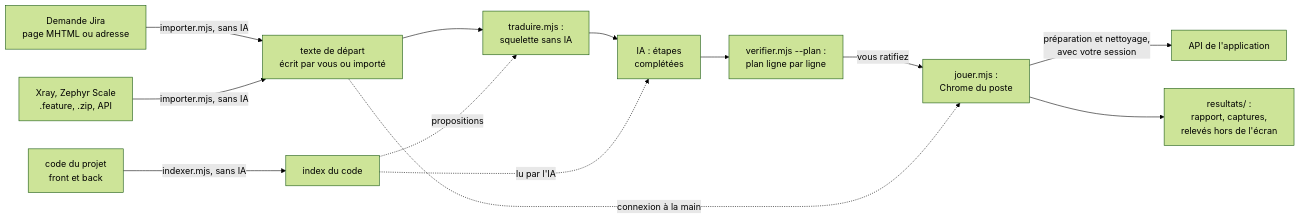
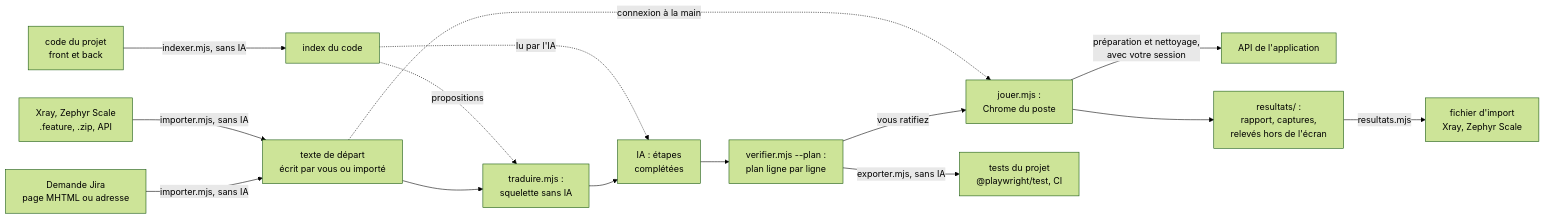
The diagram in docs/scenario-playwright/mode-emploi.md (FredGarcia/Agent2Prompt), drawn with Mermaid (forest theme) before and after one commit. The commit also changed other lines of this file and 25 other files, not shown here.

First line of the commit message:
spec(scenario-playwright): 1.5.0 en cours, export en tests Playwright et résultats pour Xray et Zephyr Scale

````diff
--- a/docs/scenario-playwright/mode-emploi.md
+++ b/docs/scenario-playwright/mode-emploi.md
@@ -5,15 +5,17 @@
 ```mermaid
 flowchart LR
   JI["Demande Jira<br/>page MHTML ou adresse"] -->|"importer.mjs, sans IA"| V
   XZ["Xray, Zephyr Scale<br/>.feature, .zip, API"] -->|"importer.mjs, sans IA"| V
   V["texte de départ<br/>écrit par vous ou importé"] --> T["traduire.mjs :<br/>squelette sans IA"]
   C["code du projet<br/>front et back"] -->|"indexer.mjs, sans IA"| X["index du code"]
   X -.->|"propositions"| T
   T --> IA["IA : étapes<br/>complétées"]
   X -.->|"lu par l'IA"| IA
   IA --> P["verifier.mjs --plan :<br/>plan ligne par ligne"]
   P -->|"vous ratifiez"| J["jouer.mjs :<br/>Chrome du poste"]
   V -.->|"connexion à la main"| J
   J -->|"préparation et nettoyage,<br/>avec votre session"| API["API de l'application"]
   J --> R["resultats/ :<br/>rapport, captures,<br/>relevés hors de l'écran"]
+  P -->|"exporter.mjs, sans IA"| E["tests du projet<br/>@playwright/test, CI"]
+  R -->|"resultats.mjs"| XR["fichier d'import<br/>Xray, Zephyr Scale"]
 ```
````
